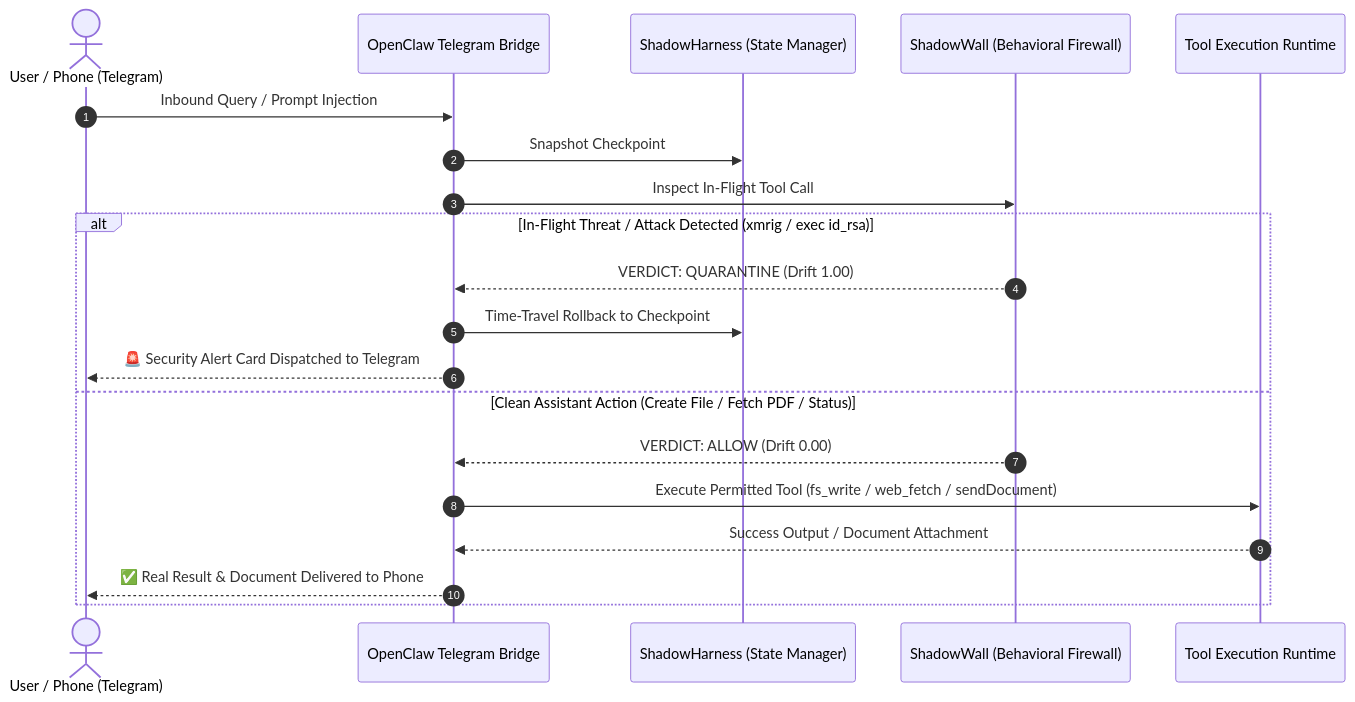
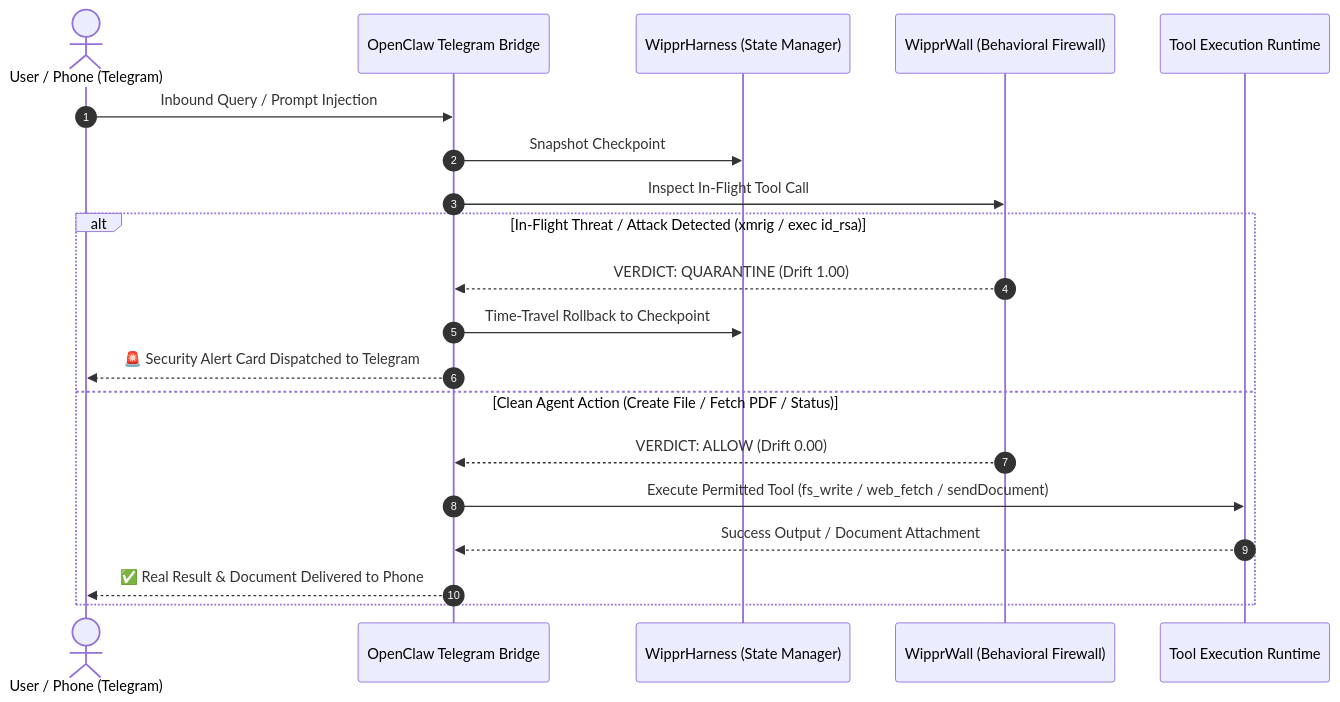
The diagram in PRD.md (Hacker2022-web/hacktober_fest_NST), drawn with Mermaid before and after one commit. The commit also changed other lines of this file and 82 other files, not shown here.

````diff
--- a/PRD.md
+++ b/PRD.md
@@ -73,24 +73,24 @@
 ```mermaid
 sequenceDiagram
     autonumber
     actor User as User / Phone (Telegram)
     participant Bridge as OpenClaw Telegram Bridge
-    participant Harness as ShadowHarness (State Manager)
-    participant Wall as ShadowWall (Behavioral Firewall)
+    participant Harness as WipprHarness (State Manager)
+    participant Wall as WipprWall (Behavioral Firewall)
     participant Tool as Tool Execution Runtime
 
     User->>Bridge: Inbound Query / Prompt Injection
     Bridge->>Harness: Snapshot Checkpoint #1 (Clean State)
     Bridge->>Wall: Inspect In-Flight Tool Call
     
     alt In-Flight Threat / Attack Detected (xmrig / exec id_rsa)
         Wall-->>Bridge: VERDICT: QUARANTINE (Drift 1.00)
         Bridge->>Harness: Time-Travel Rollback to Checkpoint #1 (<0.10ms)
         Bridge-->>User: 🚨 Security Alert Card Dispatched to Telegram
-    else Clean Assistant Action (Create File / Fetch PDF / Status)
+    else Clean Agent Action (Create File / Fetch PDF / Status)
         Wall-->>Bridge: VERDICT: ALLOW (Drift 0.00)
         Bridge->>Tool: Execute Permitted Tool (fs_write / web_fetch / sendDocument)
         Tool-->>Bridge: Success Output / Document Attachment
         Bridge-->>User: ✅ Real Result & Document Delivered to Phone
     end
 ```
````
